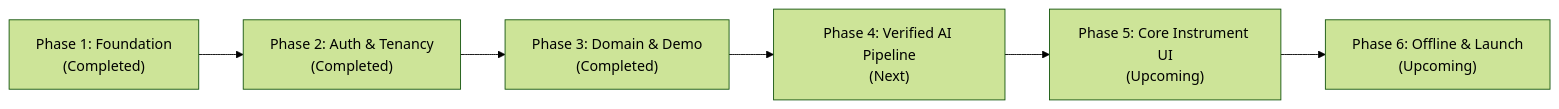
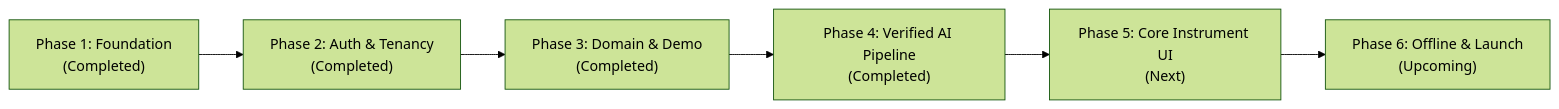
The diagram in README.md (aritraio/Kinetra), drawn with Mermaid (forest theme) before and after one commit. The commit also changed other lines of this file and 73 other files, not shown here.

````diff
--- a/README.md
+++ b/README.md
@@ -97,8 +101,8 @@
 ```mermaid
 flowchart LR
     P1["Phase 1: Foundation\n(Completed)"] --> P2["Phase 2: Auth & Tenancy\n(Completed)"]
     P2 --> P3["Phase 3: Domain & Demo\n(Completed)"]
-    P3 --> P4["Phase 4: Verified AI Pipeline\n(Next)"]
-    P4 --> P5["Phase 5: Core Instrument UI\n(Upcoming)"]
+    P3 --> P4["Phase 4: Verified AI Pipeline\n(Completed)"]
+    P4 --> P5["Phase 5: Core Instrument UI\n(Next)"]
     P5 --> P6["Phase 6: Offline & Launch\n(Upcoming)"]
 ```
````
